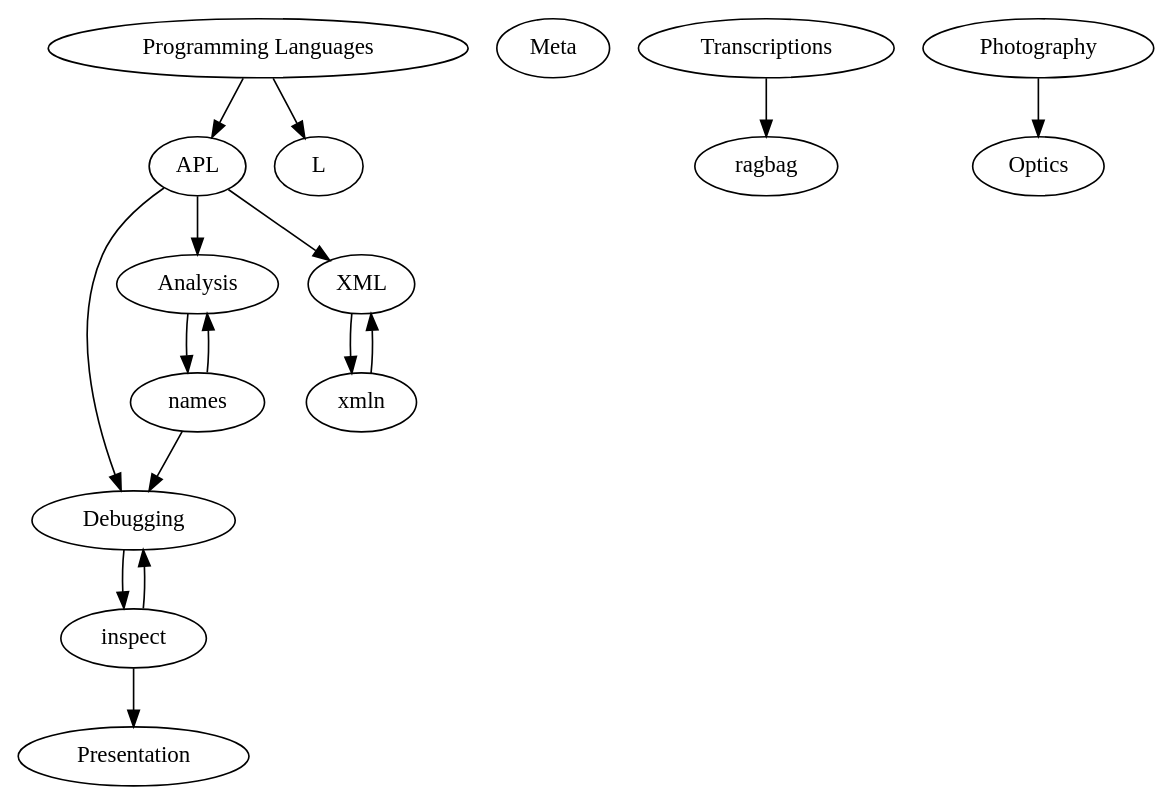
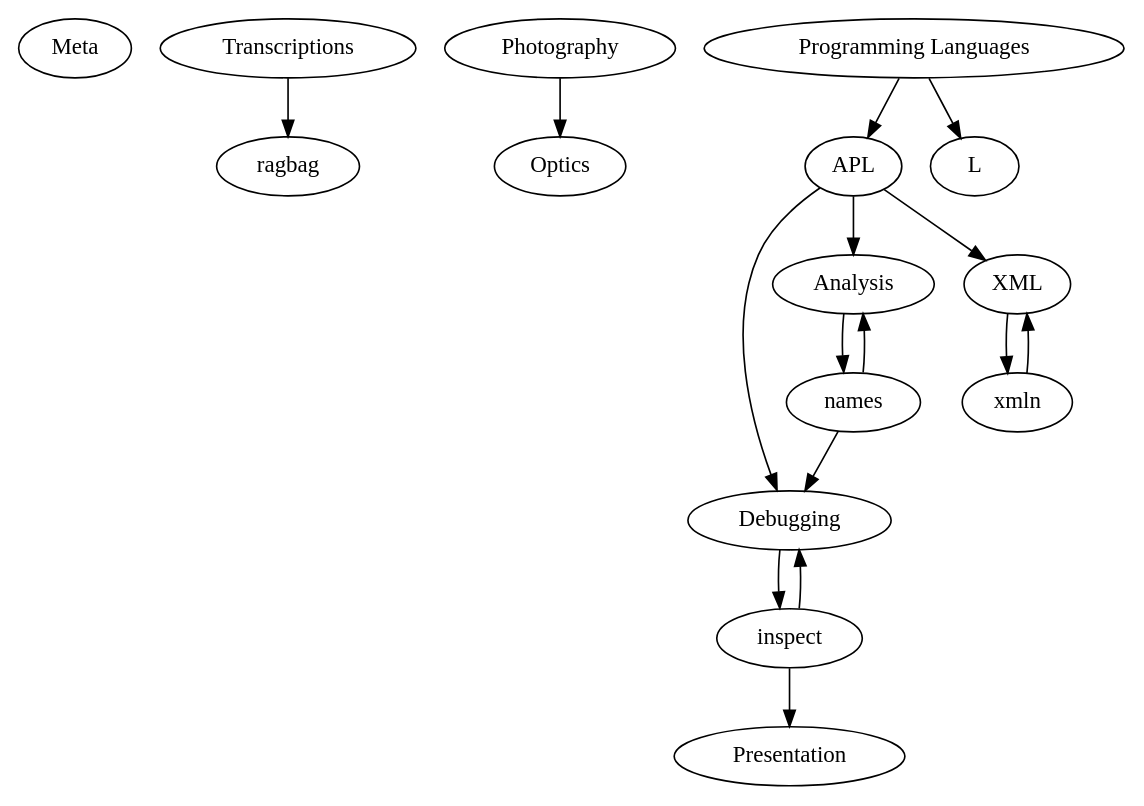
One commit to finooiigee/QWD changed the diagram in home/e/wiki/index.dot. Above: the diagram before and after it, drawn with Graphviz. The commit also changed 6 other files, not shown here.

```diff
--- a/home/e/wiki/index.dot
+++ b/home/e/wiki/index.dot
@@ -1,14 +1,13 @@
 digraph {
-    Programming_Languages [label="Programming Languages"];
     Meta;
     Transcriptions -> ragbag;
     Photography -> Optics;
-    Programming_Languages -> APL, L;
+    "Programming Languages" -> APL, L;
     APL -> Debugging, Analysis, XML;
     Debugging -> inspect;
     Analysis -> names;
     XML -> xmln;
     names -> Analysis, Debugging;
     inspect -> Debugging, Presentation;
     xmln -> XML;
 }
```
